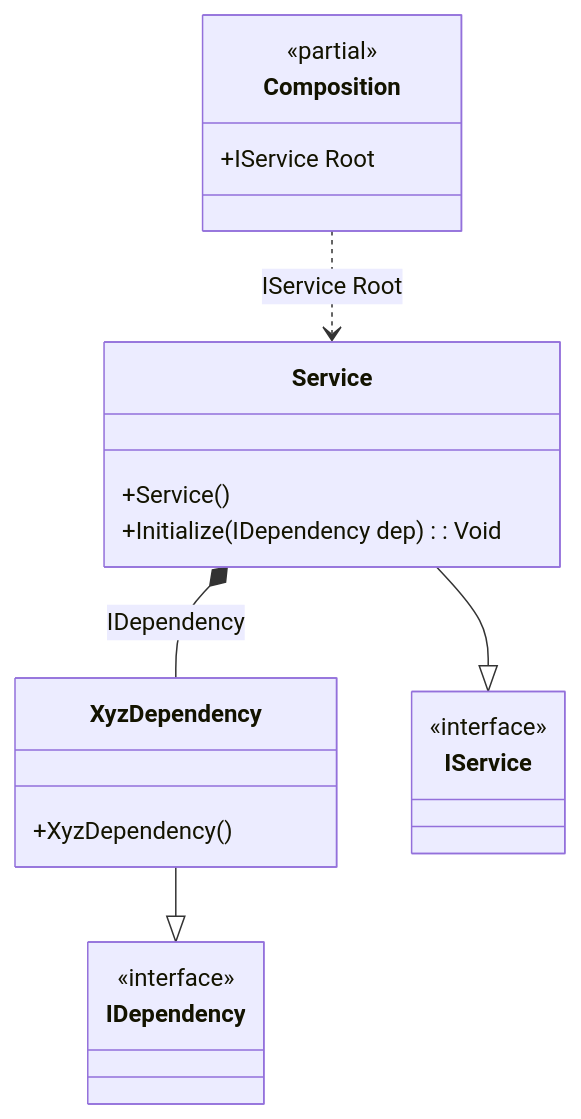
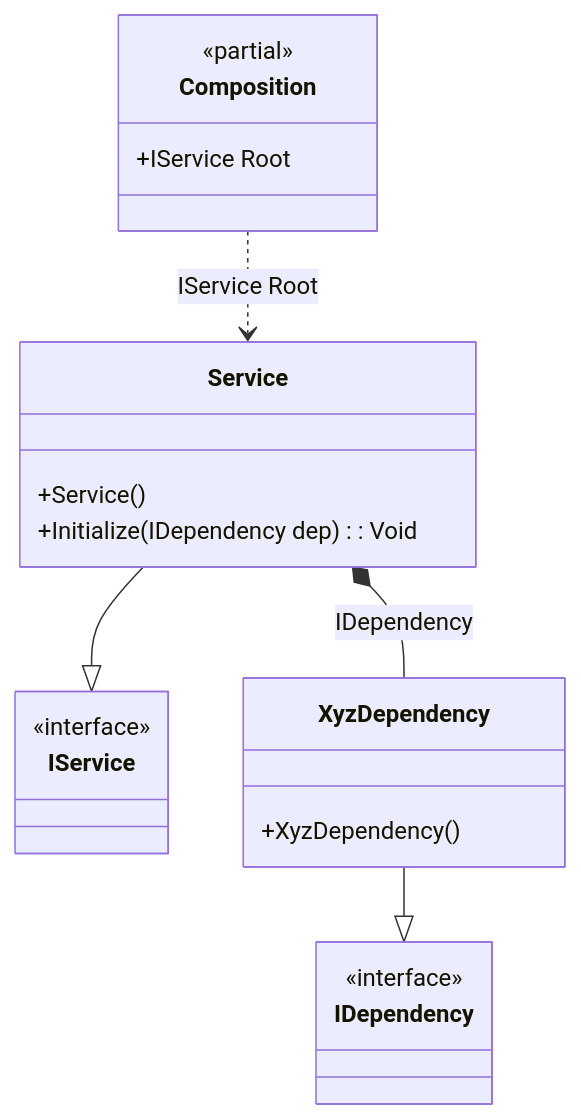
One commit to DevTeam/Pure.DI changed the diagram in readme/tag-on-a-method-argument.md. Above: the diagram before and after it, drawn with Mermaid. The commit also changed other lines of this file and 92 other files, not shown here.

````diff
--- a/readme/tag-on-a-method-argument.md
+++ b/readme/tag-on-a-method-argument.md
@@ -82,24 +82,24 @@
 ```mermaid
 classDiagram
 	class Composition {
 		<<partial>>
 		+IService Root
 	}
-	XyzDependency --|> IDependency
-	class XyzDependency {
-		+XyzDependency()
-	}
 	Service --|> IService
 	class Service {
 		+Service()
 		+Initialize(IDependency dep) : Void
 	}
-	class IDependency {
+	XyzDependency --|> IDependency
+	class XyzDependency {
+		+XyzDependency()
+	}
+	class IService {
 		<<interface>>
 	}
-	class IService {
+	class IDependency {
 		<<interface>>
 	}
 	Composition ..> Service : IService Root
 	Service *--  XyzDependency : IDependency
 ```
````
